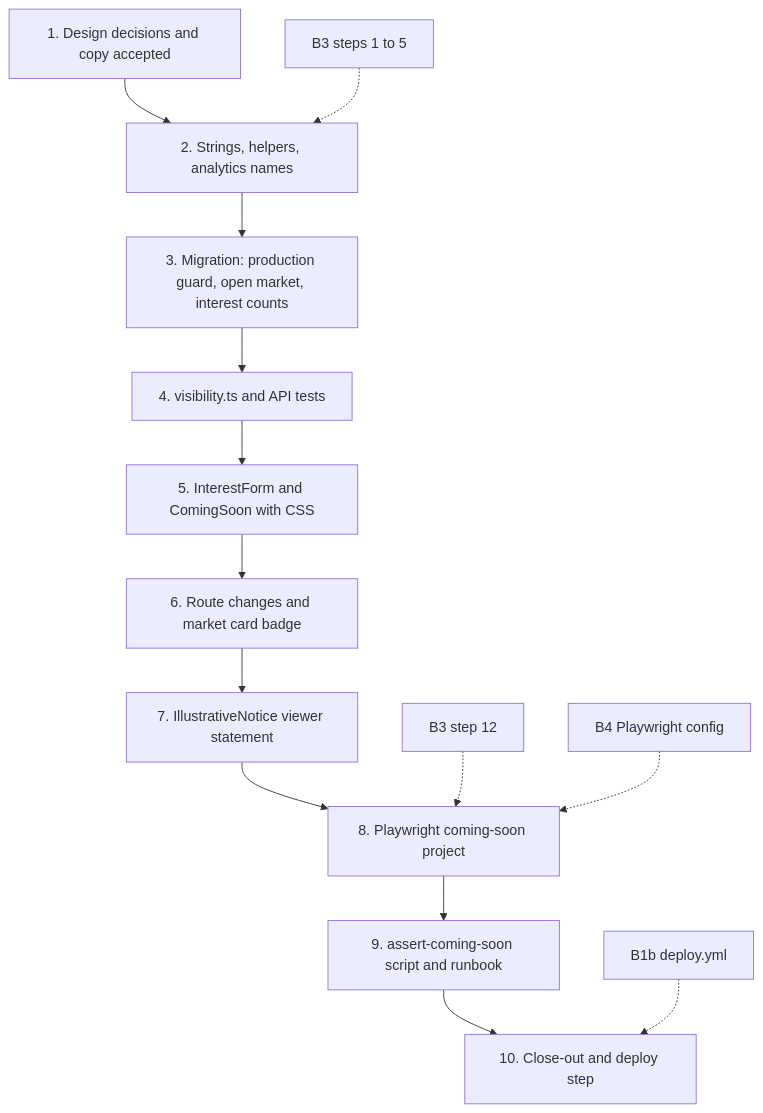
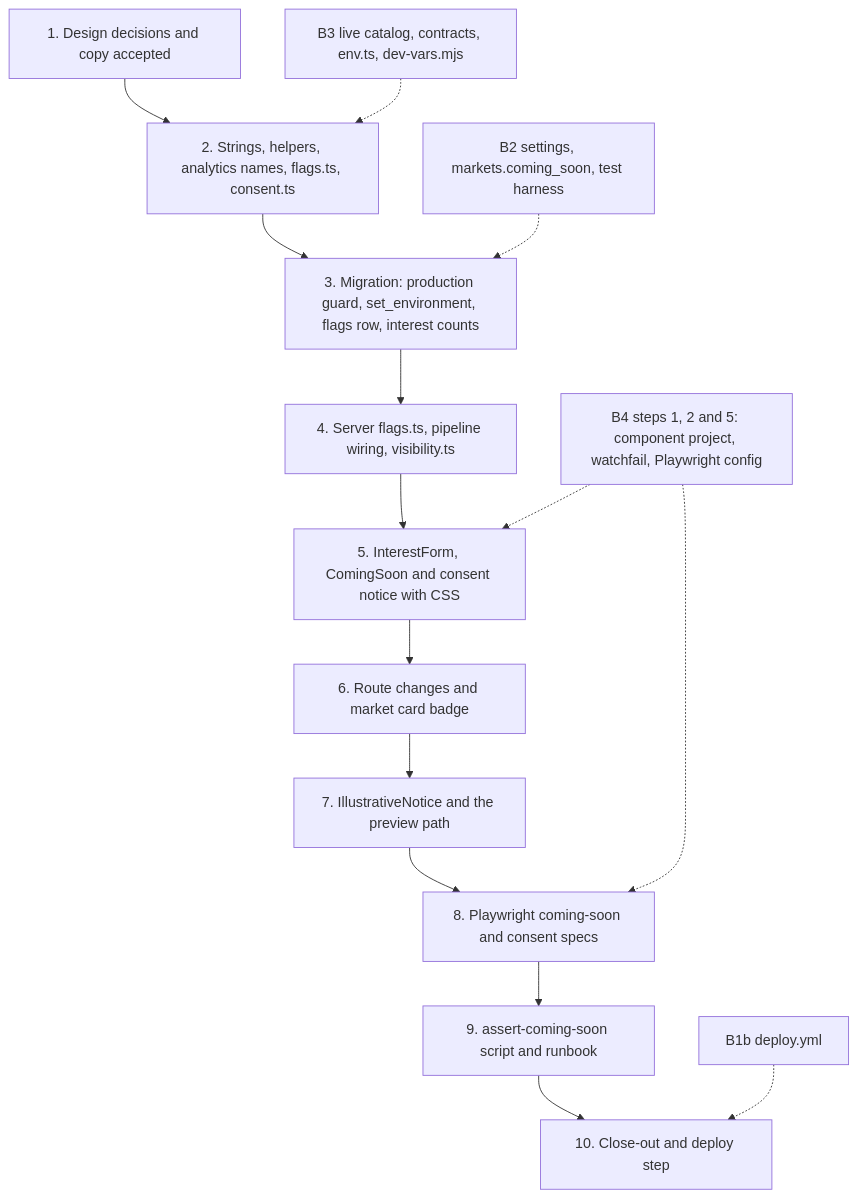
The fourth of 6 diagrams in workspace/03-diagrams/plans-a.md (AbdulrahmanAmer/matter-of-place), drawn with Mermaid before and after one commit. The commit also changed other lines of this file and 104 other files, not shown here.

First line of the commit message:
Traceability audit rounds 5 and 6; diagrams brought in line with the plans; rulings G58 to G65

````diff
--- a/workspace/03-diagrams/plans-a.md
+++ b/workspace/03-diagrams/plans-a.md
@@ -78,18 +81,18 @@
 ```mermaid
 flowchart TD
   c1["1. Design decisions and copy accepted"]
-  c2["2. Strings, helpers, analytics names"]
-  c3["3. Migration: production guard, open market, interest counts"]
-  c4["4. visibility.ts and API tests"]
-  c5["5. InterestForm and ComingSoon with CSS"]
+  c2["2. Strings, helpers, analytics names, flags.ts, consent.ts"]
+  c3["3. Migration: production guard, set_environment, flags row, interest counts"]
+  c4["4. Server flags.ts, pipeline wiring, visibility.ts"]
+  c5["5. InterestForm, ComingSoon and consent notice with CSS"]
   c6["6. Route changes and market card badge"]
-  c7["7. IllustrativeNotice viewer statement"]
-  c8["8. Playwright coming-soon project"]
+  c7["7. IllustrativeNotice and the preview path"]
+  c8["8. Playwright coming-soon and consent specs"]
   c9["9. assert-coming-soon script and runbook"]
   c10["10. Close-out and deploy step"]
   c1 --> c2 --> c3 --> c4 --> c5 --> c6 --> c7 --> c8 --> c9 --> c10
-  b3["B3 steps 1 to 5"] -.-> c2
-  b3b["B3 step 12"] -.-> c8
-  b4["B4 Playwright config"] -.-> c8
+  b3["B3 live catalog, contracts, env.ts, dev-vars.mjs"] -.-> c2
+  b2["B2 settings, markets.coming_soon, test harness"] -.-> c3
+  b4["B4 steps 1, 2 and 5: component project, watchfail, Playwright config"] -.-> c5 & c8
   b1["B1b deploy.yml"] -.-> c10
 ```
````
